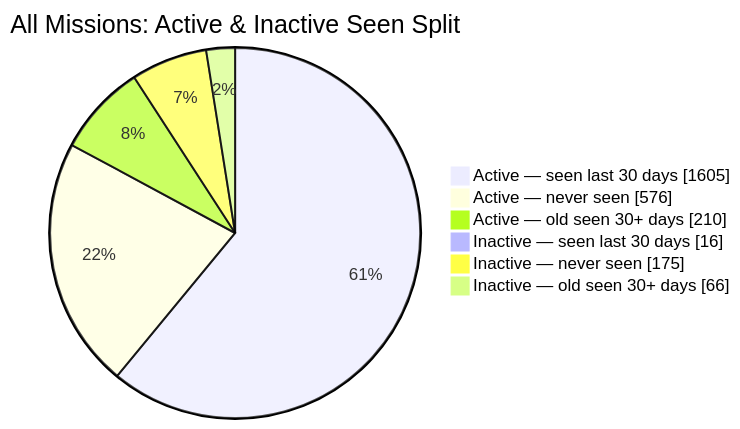
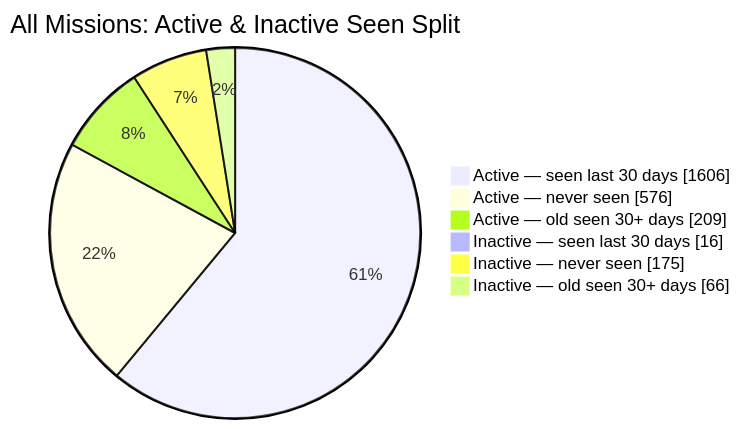
Before and after one commit to MeldkamerspelGameTeam/active-missions: the second of 2 diagrams in README.md, drawn with Mermaid. The commit also changed other lines of this file and 2 other files, not shown here.

````diff
--- a/README.md
+++ b/README.md
@@ -44,10 +44,10 @@
 ```mermaid
 pie showData
     title All Missions: Active & Inactive Seen Split
-    "Active — seen last 30 days" : 1605
+    "Active — seen last 30 days" : 1606
     "Active — never seen" : 576
-    "Active — old seen 30+ days" : 210
+    "Active — old seen 30+ days" : 209
     "Inactive — seen last 30 days" : 16
     "Inactive — never seen" : 175
     "Inactive — old seen 30+ days" : 66
 ```
````
